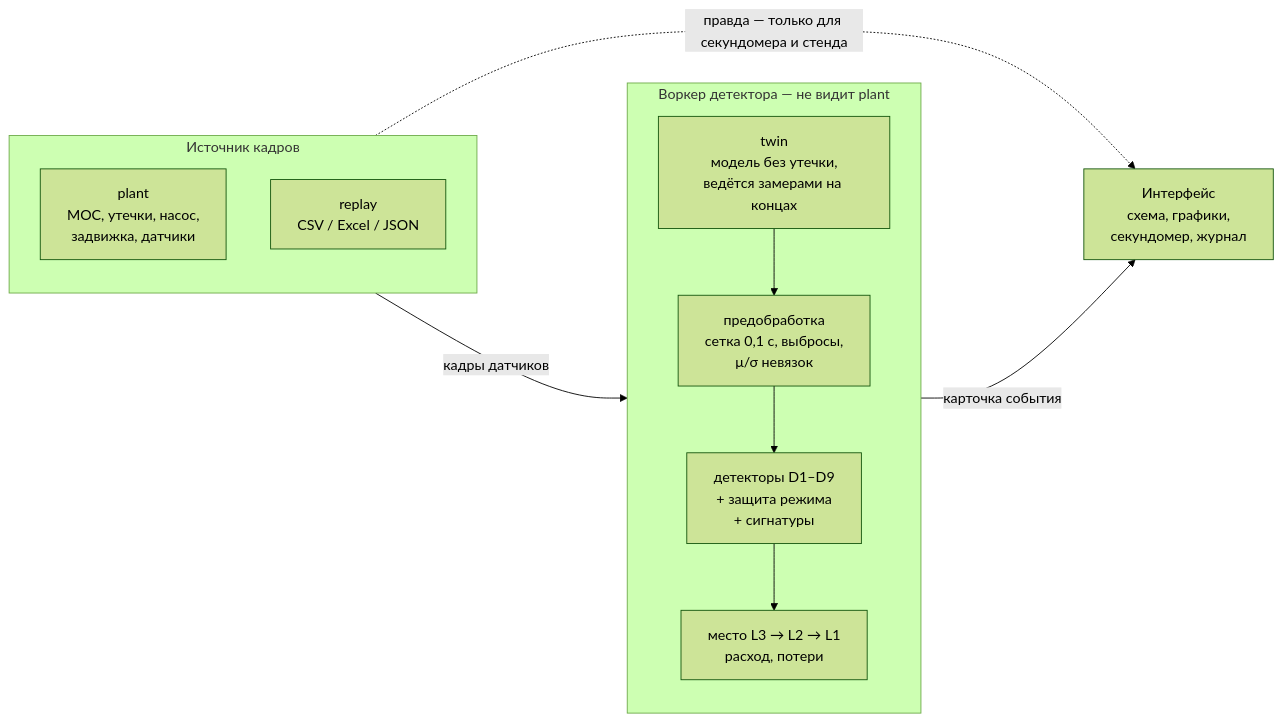
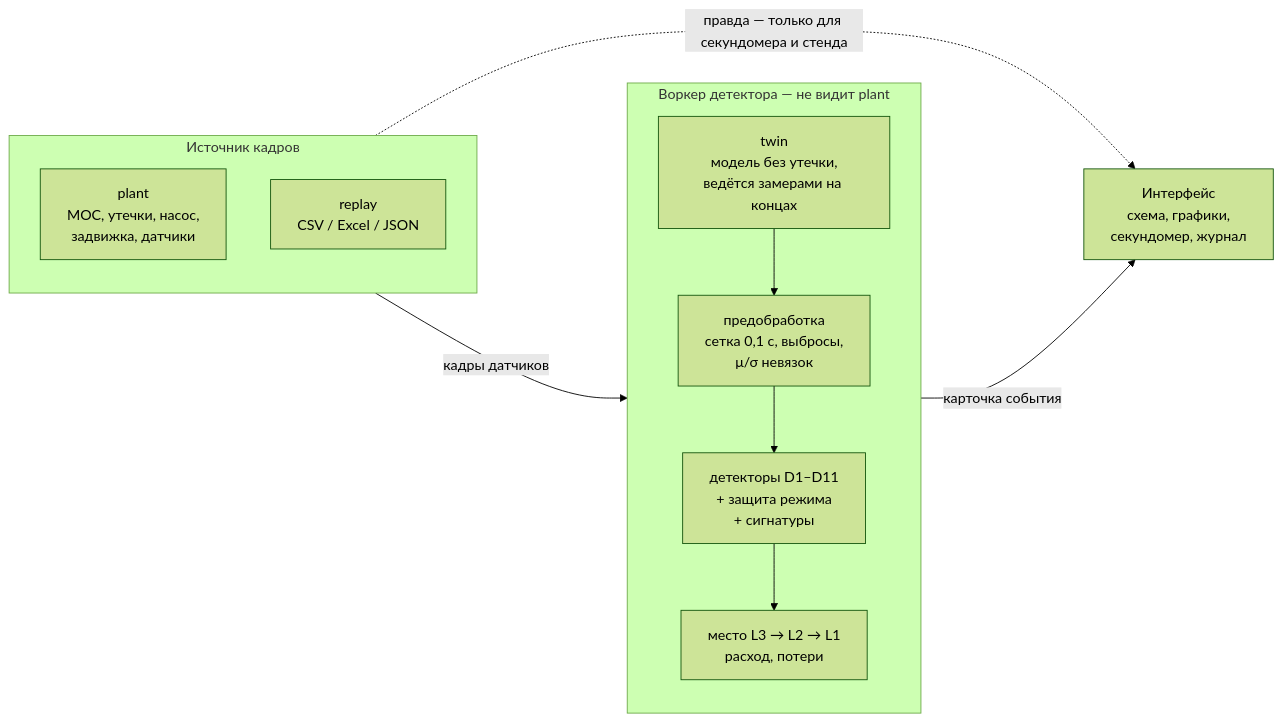
Before and after one commit to NordManul/Nedra_PipeTwin_team_Innosorogi: the diagram in README.md, drawn with Mermaid (forest theme). The commit also changed other lines of this file and 10 other files, not shown here.

````diff
--- a/README.md
+++ b/README.md
@@ -77,19 +77,19 @@
 ```mermaid
 flowchart LR
   subgraph SRC["Источник кадров"]
     direction TB
     P["plant<br/>MOC, утечки, насос,<br/>задвижка, датчики"]
     R["replay<br/>CSV / Excel / JSON"]
   end
   subgraph DET["Воркер детектора — не видит plant"]
     direction TB
     T["twin<br/>модель без утечки,<br/>ведётся замерами на концах"]
     PP["предобработка<br/>сетка 0,1 с, выбросы,<br/>μ/σ невязок"]
-    D["детекторы D1–D9<br/>+ защита режима<br/>+ сигнатуры"]
+    D["детекторы D1–D11<br/>+ защита режима<br/>+ сигнатуры"]
     L["место L3 → L2 → L1<br/>расход, потери"]
     T --> PP --> D --> L
   end
   SRC -- "кадры датчиков" --> DET
   L -- "карточка события" --> UI["Интерфейс<br/>схема, графики,<br/>секундомер, журнал"]
   SRC -. "правда — только для секундомера и стенда" .-> UI
 ```
````
